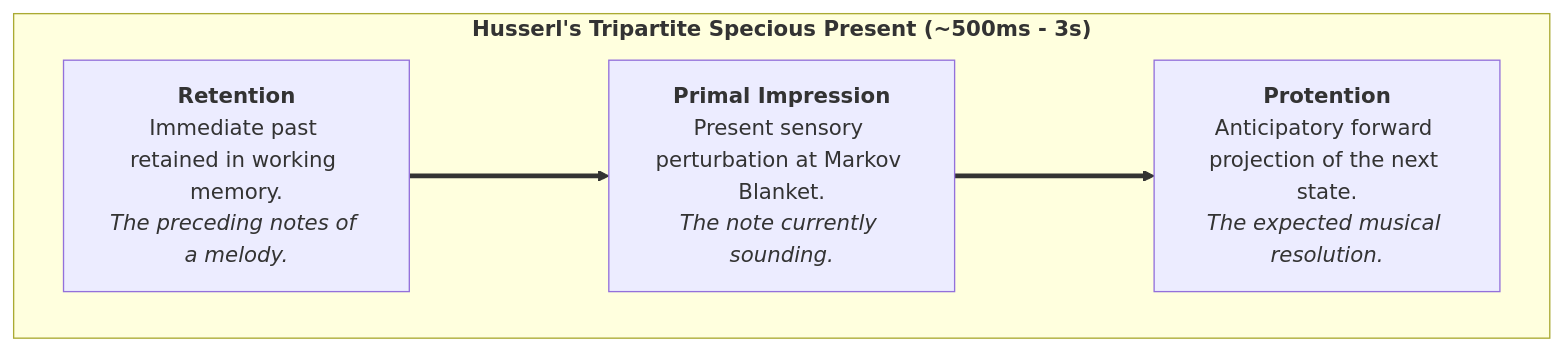
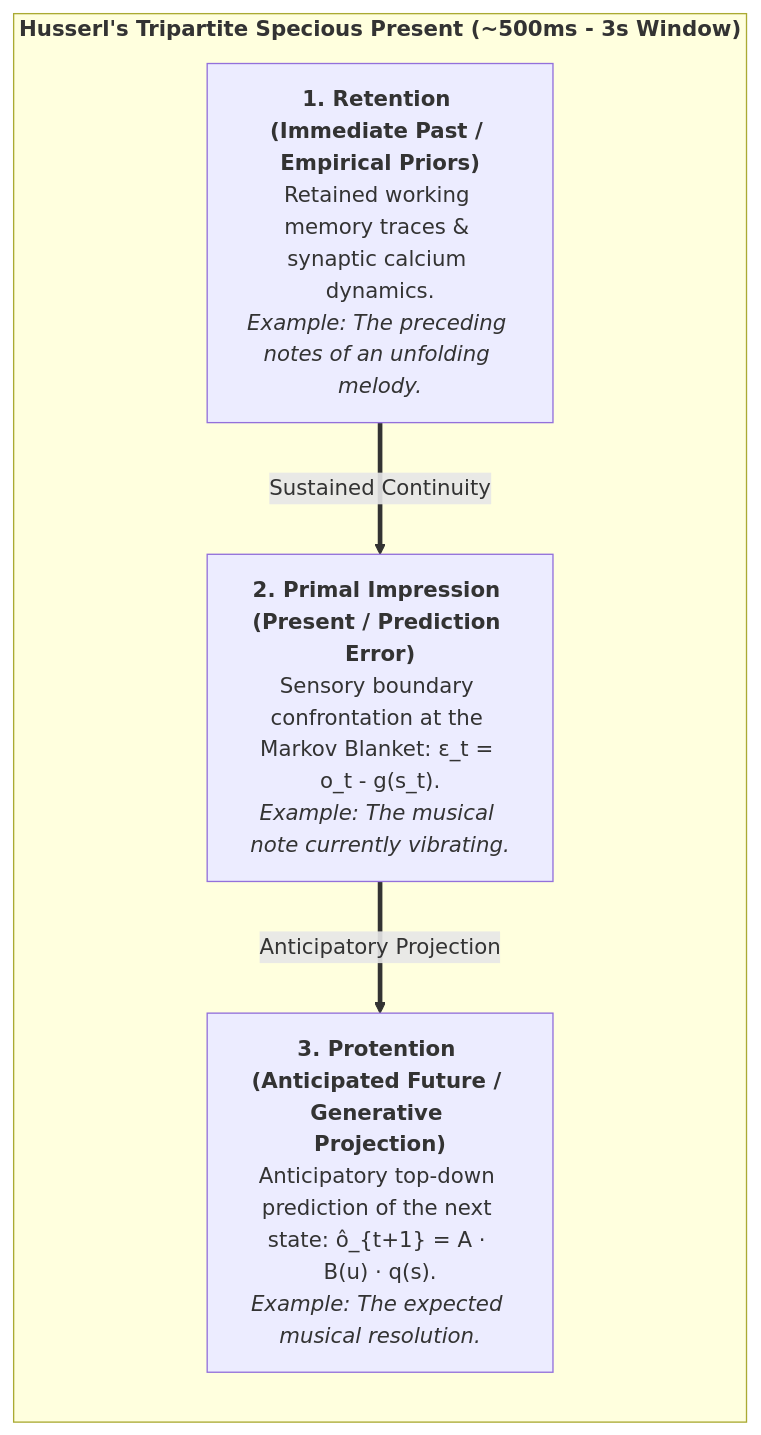
Before and after one commit to Thriebl/active-inference-phi-network: the first of 3 diagrams in book/manuscript_en/06_temporal_mechanics_of_consciousness_and_specious_present.md, drawn with Mermaid. The commit also changed other lines of this file and 20 other files, not shown here.

Commit message:
Remove BTW line from dedication and optimize all Mermaid flowcharts for unified readable font size and layout

````diff
--- a/book/manuscript_en/06_temporal_mechanics_of_consciousness_and_specious_present.md
+++ b/book/manuscript_en/06_temporal_mechanics_of_consciousness_and_specious_present.md
@@ -22,10 +22,13 @@
 ```mermaid
-flowchart LR
-    subgraph SPECIOUS_PRESENT["<b>Husserl's Tripartite Specious Present (~500ms - 3s)</b>"]
-        direction LR
-        R["<b>Retention</b><br>Immediate past retained in working memory.<br><i>The preceding notes of a melody.</i>"]
-        I["<b>Primal Impression</b><br>Present sensory perturbation at Markov Blanket.<br><i>The note currently sounding.</i>"]
-        P["<b>Protention</b><br>Anticipatory forward projection of the next state.<br><i>The expected musical resolution.</i>"]
-        R ===> I ===> P
+flowchart TD
+    subgraph SPECIOUS_PRESENT["<b>Husserl's Tripartite Specious Present (~500ms - 3s Window)</b>"]
+        direction TB
+        R["<b>1. Retention (Immediate Past / Empirical Priors)</b><br>Retained working memory traces & synaptic calcium dynamics.<br><i>Example: The preceding notes of an unfolding melody.</i>"]
+        
+        I["<b>2. Primal Impression (Present / Prediction Error)</b><br>Sensory boundary confrontation at the Markov Blanket: ε_t = o_t - g(s_t).<br><i>Example: The musical note currently vibrating.</i>"]
+        
+        P["<b>3. Protention (Anticipated Future / Generative Projection)</b><br>Anticipatory top-down prediction of the next state: ô_{t+1} = A · B(u) · q(s).<br><i>Example: The expected musical resolution.</i>"]
+        
+        R ==>|"Sustained Continuity"| I ==>|"Anticipatory Projection"| P
     end
 ```
````
